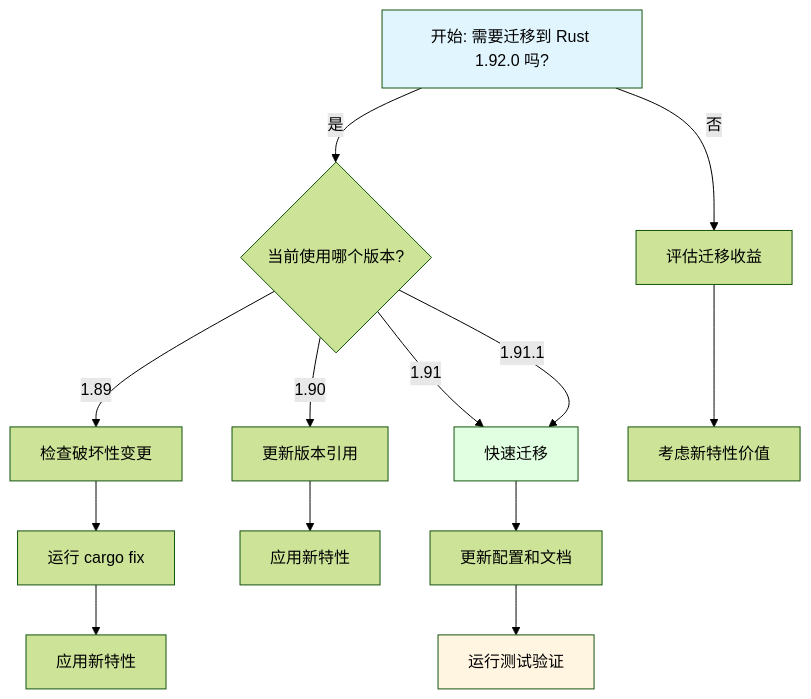
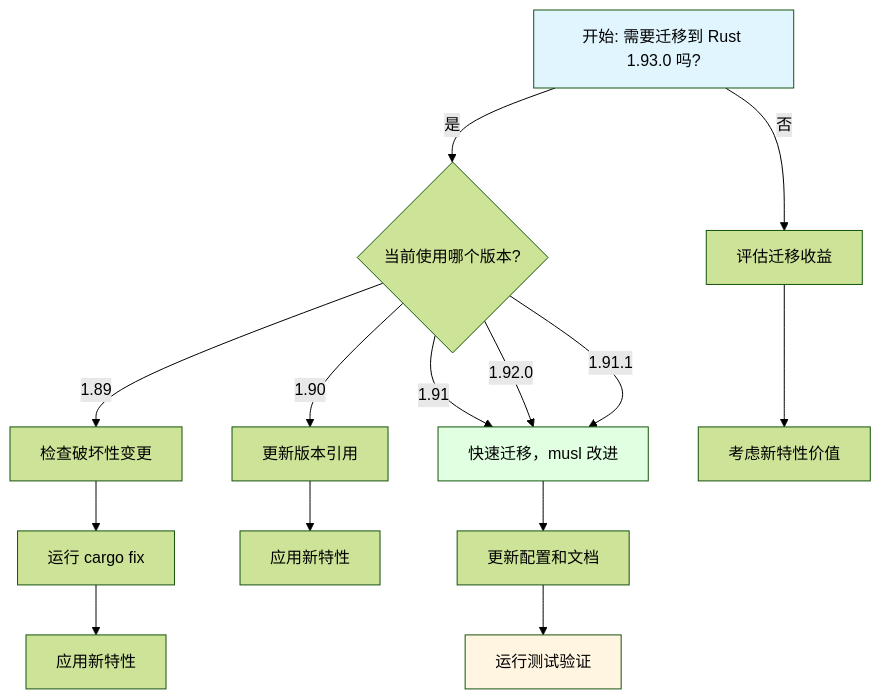
Before and after one commit to martin-ly/rust-lang: the fifth of 10 diagrams in docs/THINKING_REPRESENTATION_METHODS.md, drawn with Mermaid (forest theme). The commit also changed other lines of this file and 274 other files, not shown here.

````diff
--- a/docs/THINKING_REPRESENTATION_METHODS.md
+++ b/docs/THINKING_REPRESENTATION_METHODS.md
@@ -335,24 +335,25 @@
 ```mermaid
 graph TD
-    Start[开始: 需要迁移到 Rust 1.92.0 吗?] -->|是| Q1{当前使用哪个版本?}
+    Start[开始: 需要迁移到 Rust 1.93.0 吗?] -->|是| Q1{当前使用哪个版本?}
     Start -->|否| Eval[评估迁移收益]
 
     Q1 -->|1.89| Check1[检查破坏性变更]
     Q1 -->|1.90| Update1[更新版本引用]
     Q1 -->|1.91| Quick[快速迁移]
+    Q1 -->|1.92.0| Quick[快速迁移，musl 改进]
     Q1 -->|1.91.1| Quick
 
     Check1 --> Fix1[运行 cargo fix]
     Fix1 --> Apply1[应用新特性]
 
     Update1 --> Apply2[应用新特性]
 
     Quick --> Config[更新配置和文档]
     Config --> Test[运行测试验证]
 
     Eval --> Consider[考虑新特性价值]
 
     style Start fill:#e1f5ff
     style Quick fill:#e1ffe1
     style Test fill:#fff5e1
 ```
````
